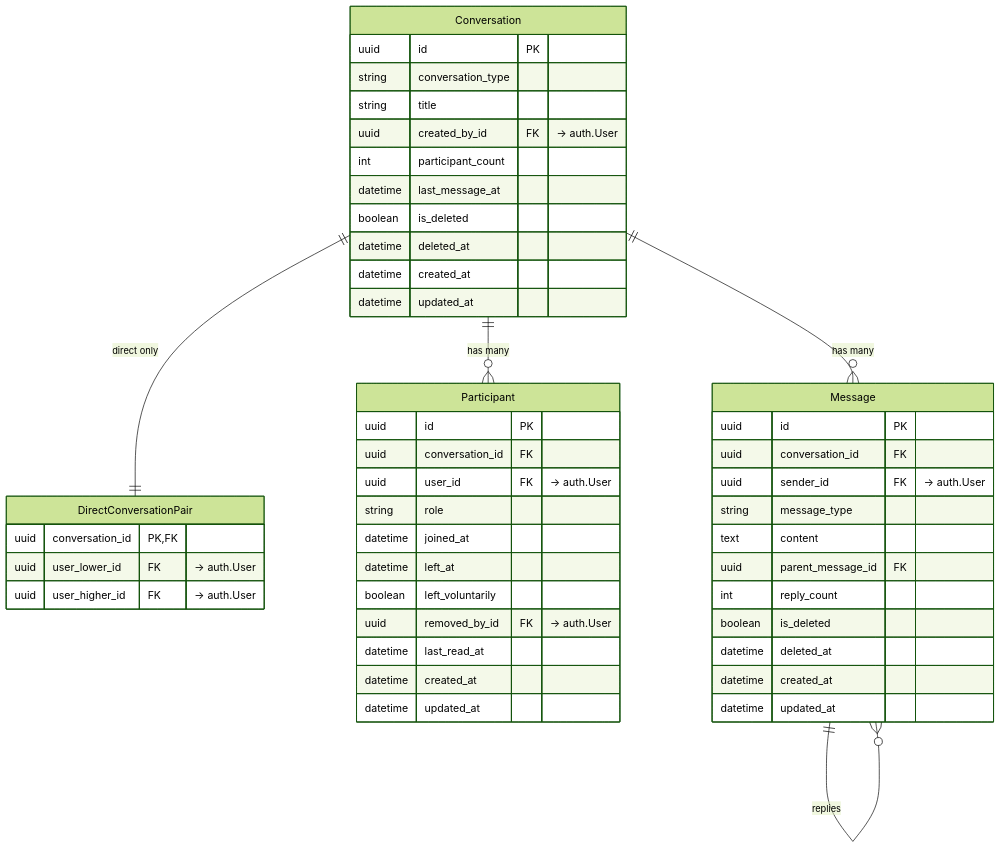
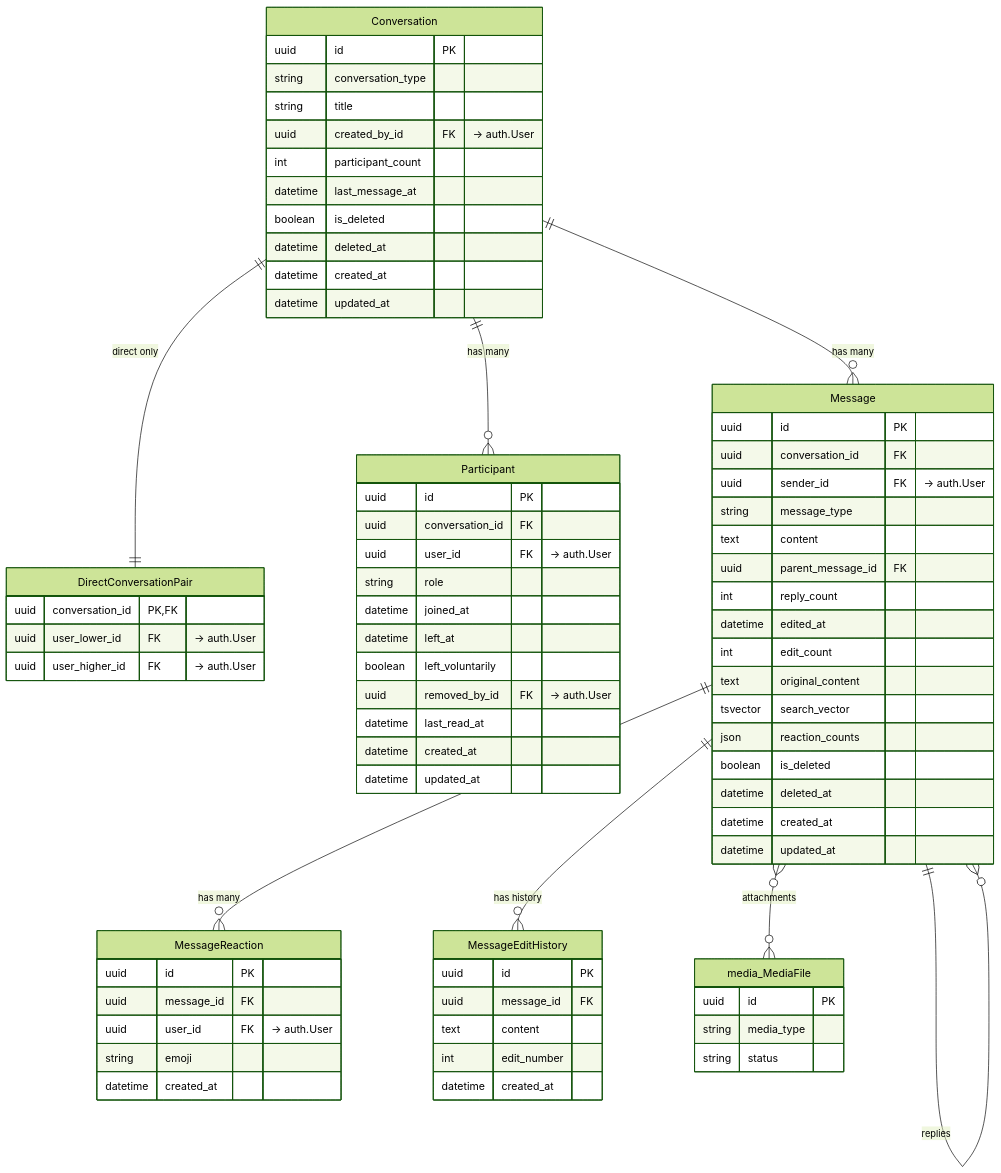
One commit to vuongdovu/soundwalkbackend changed the first of 9 diagrams in app/chat/ARCHITECTURE.md. Above: the diagram before and after it, drawn with Mermaid (forest theme). The commit also changed other lines of this file and 28 other files, not shown here.

First line of the commit message:
Add chat app features: message editing, reactions, search, and presence

````diff
--- a/app/chat/ARCHITECTURE.md
+++ b/app/chat/ARCHITECTURE.md
@@ -30,51 +34,78 @@
 ```mermaid
 erDiagram
     Conversation {
         uuid id PK
         string conversation_type
         string title
         uuid created_by_id FK "-> auth.User"
         int participant_count
         datetime last_message_at
         boolean is_deleted
         datetime deleted_at
         datetime created_at
         datetime updated_at
     }
     DirectConversationPair {
         uuid conversation_id PK,FK
         uuid user_lower_id FK "-> auth.User"
         uuid user_higher_id FK "-> auth.User"
     }
     Participant {
         uuid id PK
         uuid conversation_id FK
         uuid user_id FK "-> auth.User"
         string role
         datetime joined_at
         datetime left_at
         boolean left_voluntarily
         uuid removed_by_id FK "-> auth.User"
         datetime last_read_at
         datetime created_at
         datetime updated_at
     }
     Message {
         uuid id PK
         uuid conversation_id FK
         uuid sender_id FK "-> auth.User"
         string message_type
         text content
         uuid parent_message_id FK
         int reply_count
+        datetime edited_at
+        int edit_count
+        text original_content
+        tsvector search_vector
+        json reaction_counts
         boolean is_deleted
         datetime deleted_at
         datetime created_at
         datetime updated_at
+    }
+    MessageReaction {
+        uuid id PK
+        uuid message_id FK
+        uuid user_id FK "-> auth.User"
+        string emoji
+        datetime created_at
+    }
+    MessageEditHistory {
+        uuid id PK
+        uuid message_id FK
+        text content
+        int edit_number
+        datetime created_at
+    }
+    media_MediaFile {
+        uuid id PK
+        string media_type
+        string status
     }
 
     Conversation ||--|| DirectConversationPair : "direct only"
     Conversation ||--o{ Participant : "has many"
     Conversation ||--o{ Message : "has many"
     Message ||--o{ Message : "replies"
+    Message ||--o{ MessageReaction : "has many"
+    Message ||--o{ MessageEditHistory : "has history"
+    Message }o--o{ media_MediaFile : "attachments"
 ```
````
